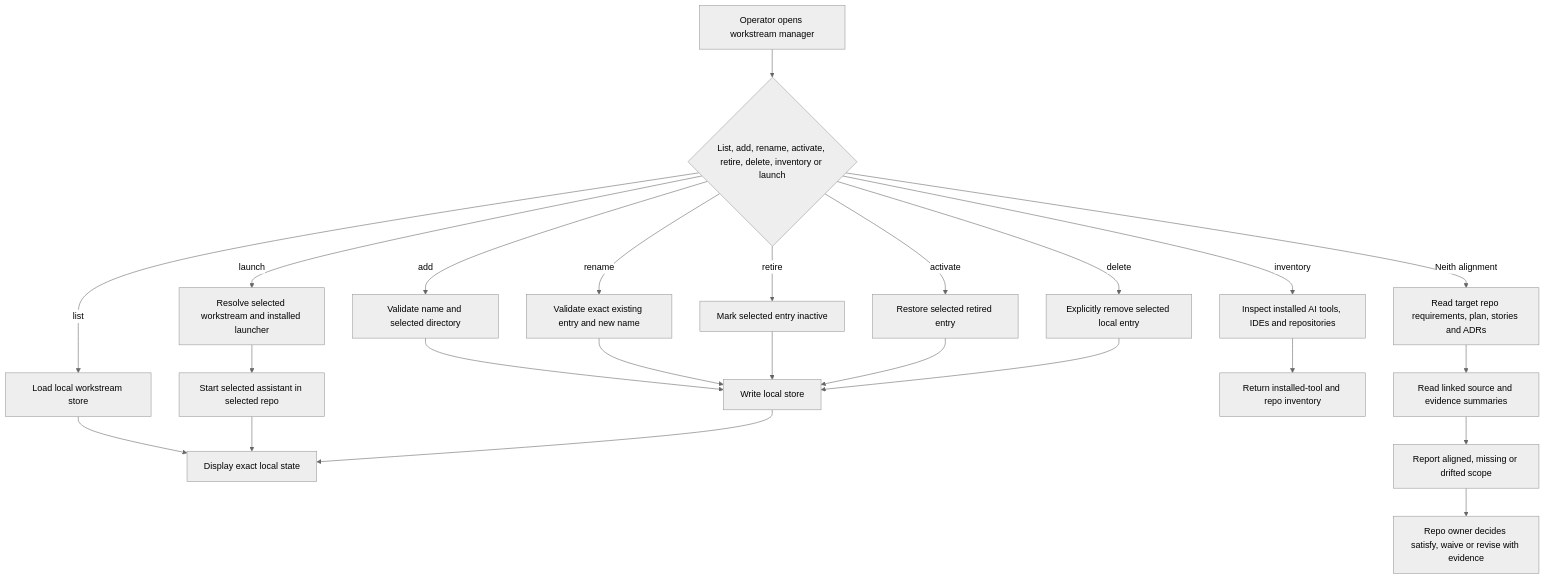
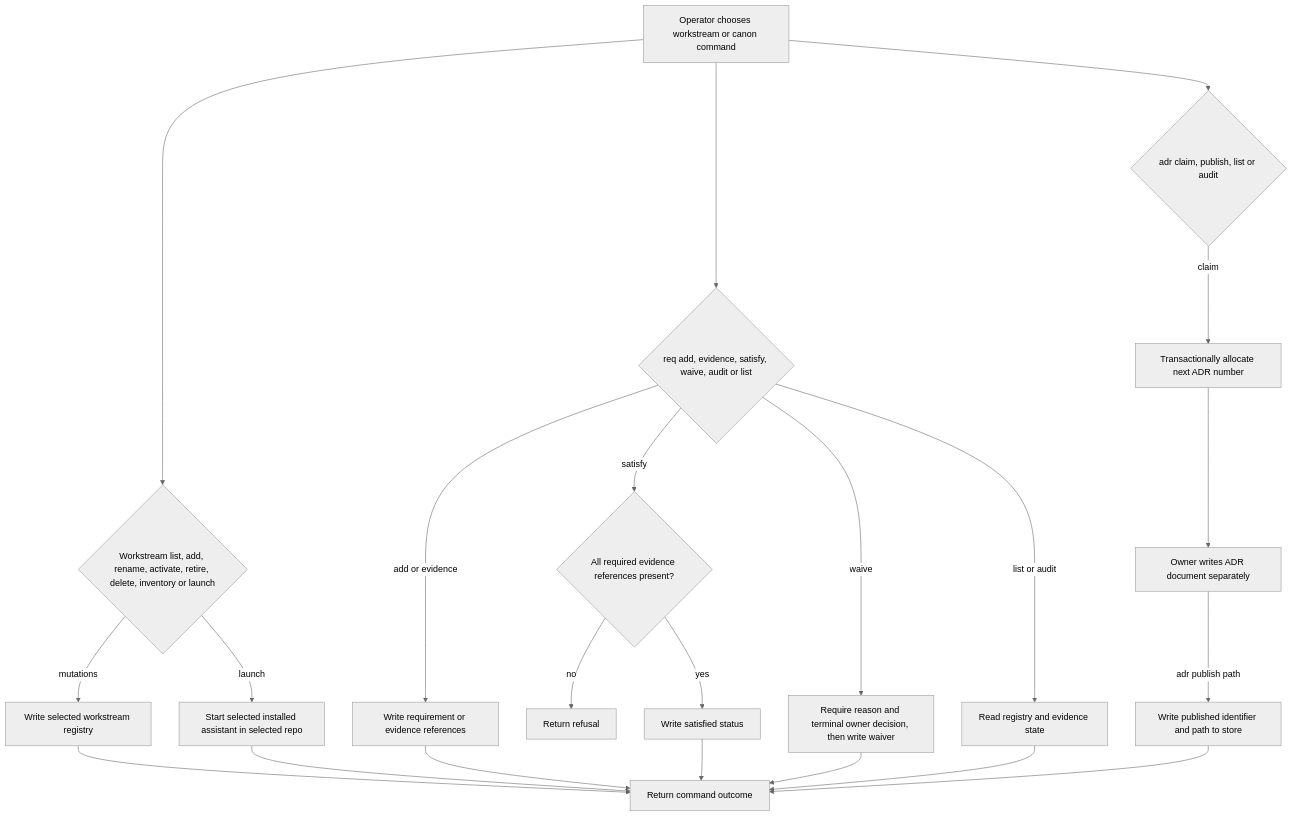
Before and after one commit to SirsiMaster/sirsi-pantheon: diagram 22 of 45 in docs/stacklab/pantheon-pt/canon/DIAGRAMS_PRODUCT_OPERATIONS.md, drawn with Mermaid (neutral theme). The commit also changed other lines of this file and 2 other files, not shown here.

Commit message:
docs(stacklab): align workflow diagrams with actual effects and recovery

````diff
--- a/docs/stacklab/pantheon-pt/canon/DIAGRAMS_PRODUCT_OPERATIONS.md
+++ b/docs/stacklab/pantheon-pt/canon/DIAGRAMS_PRODUCT_OPERATIONS.md
@@ -580,26 +623,24 @@
 ```mermaid
 flowchart TD
-  U[Operator opens workstream manager] --> ACTION{List, add, rename, activate, retire, delete, inventory or launch}
-  ACTION -->|list| LOAD[Load local workstream store]
-  ACTION -->|add| ADD[Validate name and selected directory]
-  ACTION -->|rename| REN[Validate exact existing entry and new name]
-  ACTION -->|retire| RET[Mark selected entry inactive]
-  ACTION -->|activate| ACT[Restore selected retired entry]
-  ACTION -->|delete| DEL[Explicitly remove selected local entry]
-  ACTION -->|inventory| SCAN[Inspect installed AI tools, IDEs and repositories]
-  ACTION -->|launch| PICK[Resolve selected workstream and installed launcher]
-  PICK --> START[Start selected assistant in selected repo]
-  LOAD --> VIEW[Display exact local state]
-  ADD --> SAVE[Write local store]
-  REN --> SAVE
-  RET --> SAVE
-  ACT --> SAVE
-  DEL --> SAVE
-  SCAN --> CACHE[Return installed-tool and repo inventory]
-  ACTION -->|Neith alignment| CANON[Read target repo requirements, plan, stories and ADRs]
-  CANON --> EVID[Read linked source and evidence summaries]
-  EVID --> DRIFT[Report aligned, missing or drifted scope]
-  DRIFT --> OWNER[Repo owner decides satisfy, waive or revise with evidence]
-  START --> VIEW
-  SAVE --> VIEW
+  OP[Operator chooses workstream or canon command] --> WS{Workstream list, add, rename, activate, retire, delete, inventory or launch}
+  WS -->|mutations| STORE[Write selected workstream registry]
+  WS -->|launch| LAUNCH[Start selected installed assistant in selected repo]
+  OP --> REQ{req add, evidence, satisfy, waive, audit or list}
+  REQ -->|add or evidence| REQWRITE[Write requirement or evidence references]
+  REQ -->|satisfy| CHECK{All required evidence references present?}
+  CHECK -->|no| REFUSE[Return refusal]
+  CHECK -->|yes| SAT[Write satisfied status]
+  REQ -->|waive| WREQ[Require reason and terminal owner decision, then write waiver]
+  OP --> ADR{adr claim, publish, list or audit}
+  ADR -->|claim| ALLOC[Transactionally allocate next ADR number]
+  ALLOC --> DOC[Owner writes ADR document separately]
+  DOC -->|adr publish path| PUB[Write published identifier and path to store]
+  REQ -->|list or audit| READ[Read registry and evidence state]
+  STORE --> OUT[Return command outcome]
+  LAUNCH --> OUT
+  REQWRITE --> OUT
+  SAT --> OUT
+  WREQ --> OUT
+  PUB --> OUT
+  READ --> OUT
 ```
````
